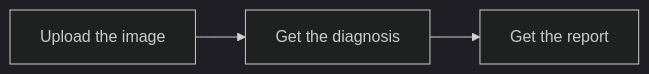
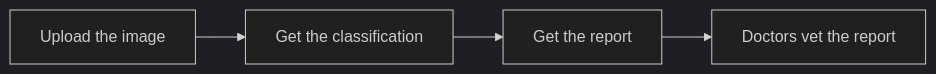
One commit to kkkamur07/Flower-Decentralized-AI-Hackathon changed the diagram in README.md. Above: the diagram before and after it, drawn with Mermaid (dark theme). The commit also changed other lines of this file, not shown here.

````diff
--- a/README.md
+++ b/README.md
@@ -30,5 +32,6 @@
 ```mermaid
 flowchart LR 
-  A[Upload the image] --> B[Get the diagnosis]
+  A[Upload the image] --> B[Get the classification]
   B --> C[Get the report]
+  C --> D[Doctors vet the report]
 ```
````
